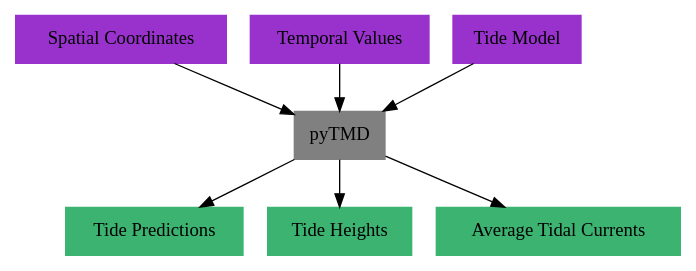
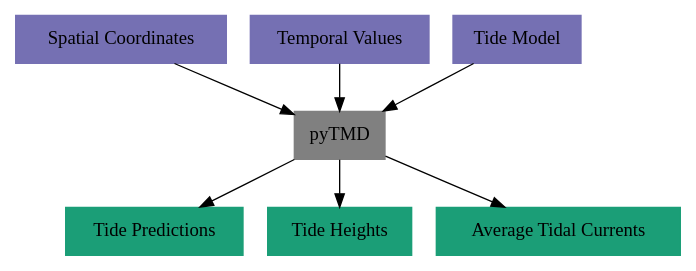
The first of 2 diagrams in doc/source/getting_started/Overview.rst (tsutterley/pyTMD), drawn with Graphviz before and after one commit. The commit also changed other lines of this file and 10 other files, not shown here.

```diff
--- a/doc/source/getting_started/Overview.rst
+++ b/doc/source/getting_started/Overview.rst
@@ -18,19 +18,19 @@
 .. graphviz::
     :caption: Ocean and Load Tide Framework
     :align: center
 
     digraph {
-        S [label="Spatial Coordinates" shape=box style="filled" color="darkorchid"]
-        E [label="Temporal Values" shape=box style="filled" color="darkorchid"]
-        M [label="Tide Model" shape=box style="filled" color="darkorchid"]
+        S [label="Spatial Coordinates" shape=box style="filled" color="#7570b3"]
+        E [label="Temporal Values" shape=box style="filled" color="#7570b3"]
+        M [label="Tide Model" shape=box style="filled" color="#7570b3"]
         T [label="pyTMD" shape=box style="filled" color="gray"]
-        P [label="Tide Predictions" shape=box style="filled" color="mediumseagreen"]
-        H [label="Tide Heights" shape=box style="filled" color="mediumseagreen"]
-        C [label="Average Tidal Currents" shape=box style="filled" color="mediumseagreen"]
+        P [label="Tide Predictions" shape=box style="filled" color="#1b9e77"]
+        H [label="Tide Heights" shape=box style="filled" color="#1b9e77"]
+        C [label="Average Tidal Currents" shape=box style="filled" color="#1b9e77"]
         S -> T
         E -> T
         M -> T
         T -> P
         T -> H
         T -> C
     }
```
